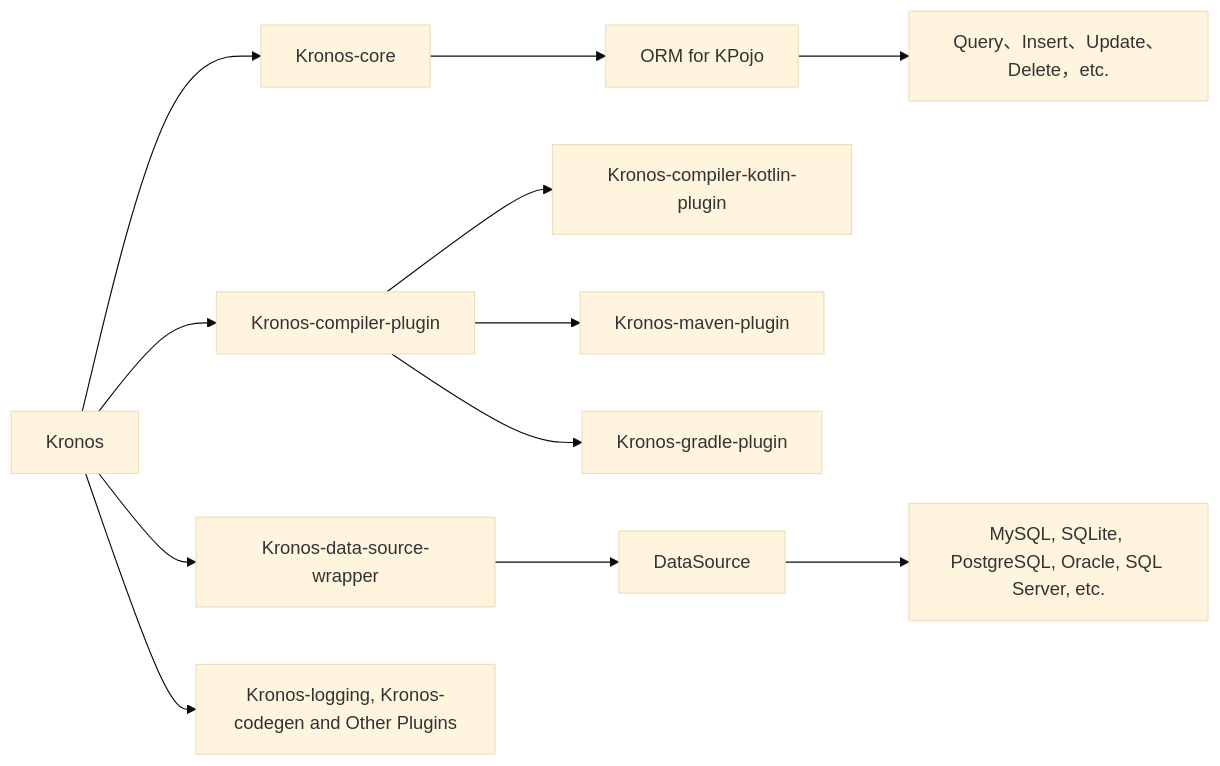
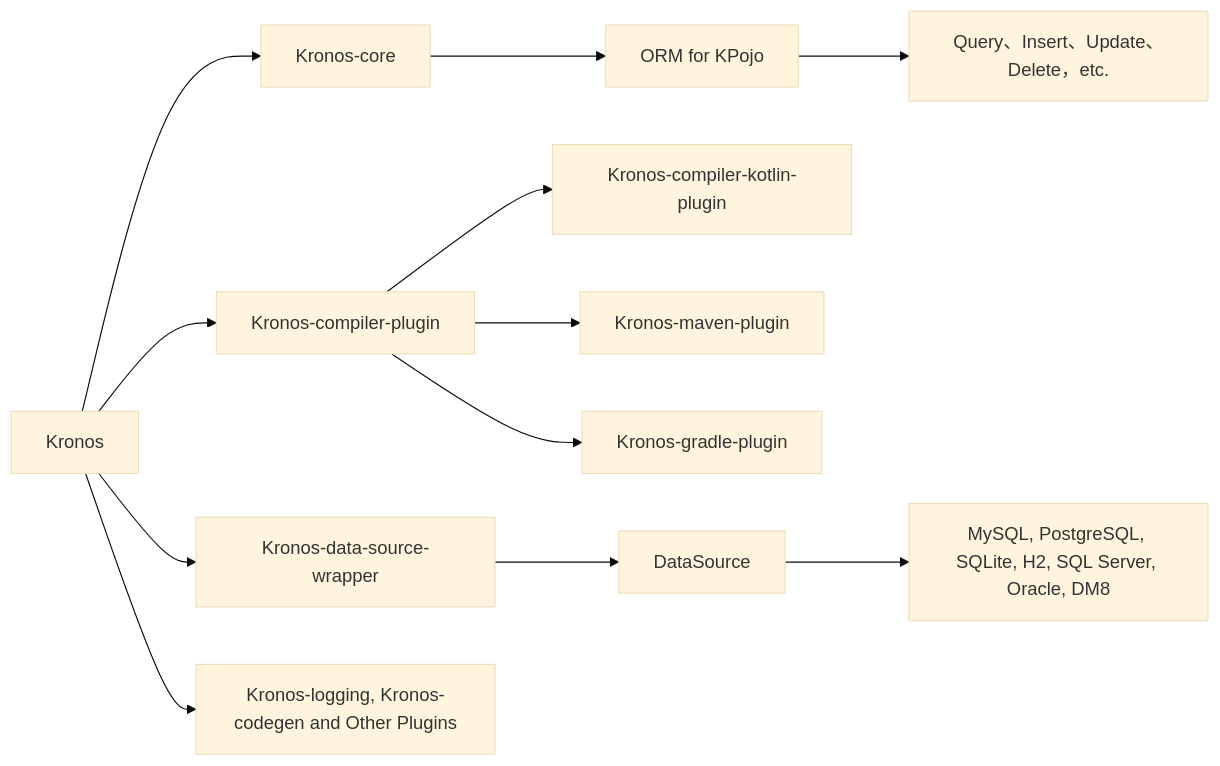
Before and after one commit to Kronos-orm/Kronos-orm: the diagram in kronos-docs/src/app/docs/en/1.getting-started/1.introduce/index.md, drawn with Mermaid (base theme). The commit also changed 136 other files, not shown here.

````diff
--- a/kronos-docs/src/app/docs/en/1.getting-started/1.introduce/index.md
+++ b/kronos-docs/src/app/docs/en/1.getting-started/1.introduce/index.md
@@ -15,14 +15,14 @@
 ```mermaid
 graph LR
     A[Kronos] --> B[Kronos-core]
     B --> I[ORM for KPojo]
     I --> J[Query、Insert、Update、Delete，etc.]
     A --> C[Kronos-compiler-plugin]
     C --> L[Kronos-compiler-kotlin-plugin]
     C --> D[Kronos-maven-plugin]
     C --> E[Kronos-gradle-plugin]
     A --> F[Kronos-data-source-wrapper]
     F --> G[DataSource]
-    G --> H[MySQL, SQLite, PostgreSQL, Oracle, SQL Server, etc.]
+    G --> H[MySQL, PostgreSQL, SQLite, H2, SQL Server, Oracle, DM8]
     A --> K[Kronos-logging, Kronos-codegen and Other Plugins]
 ```
````
